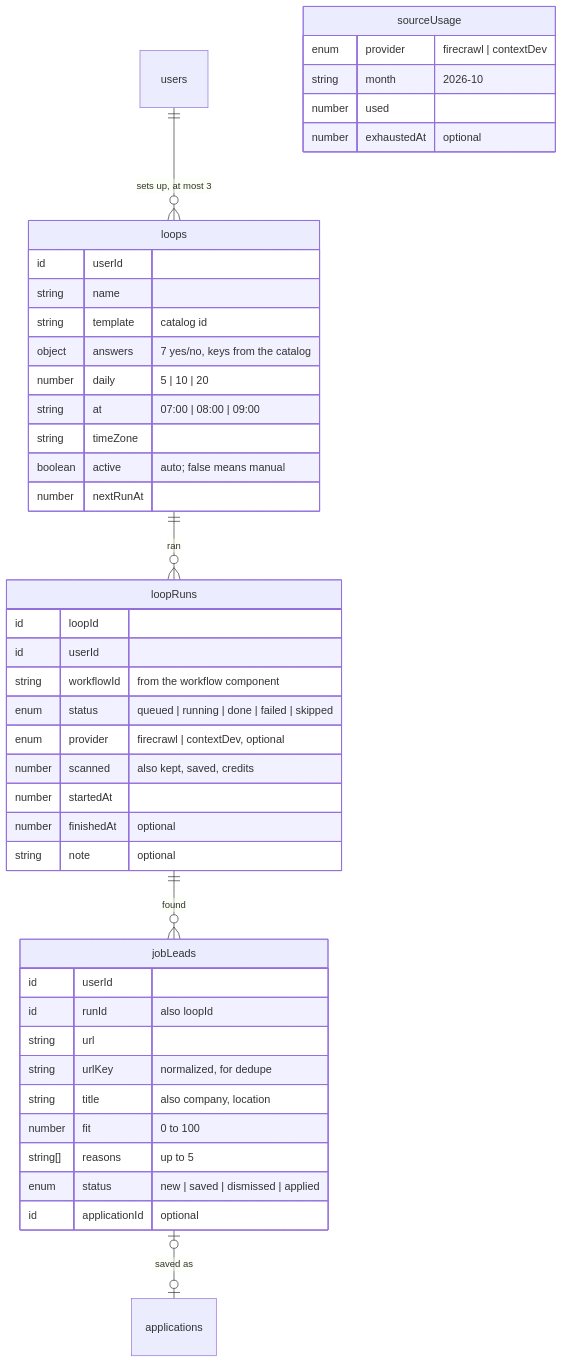
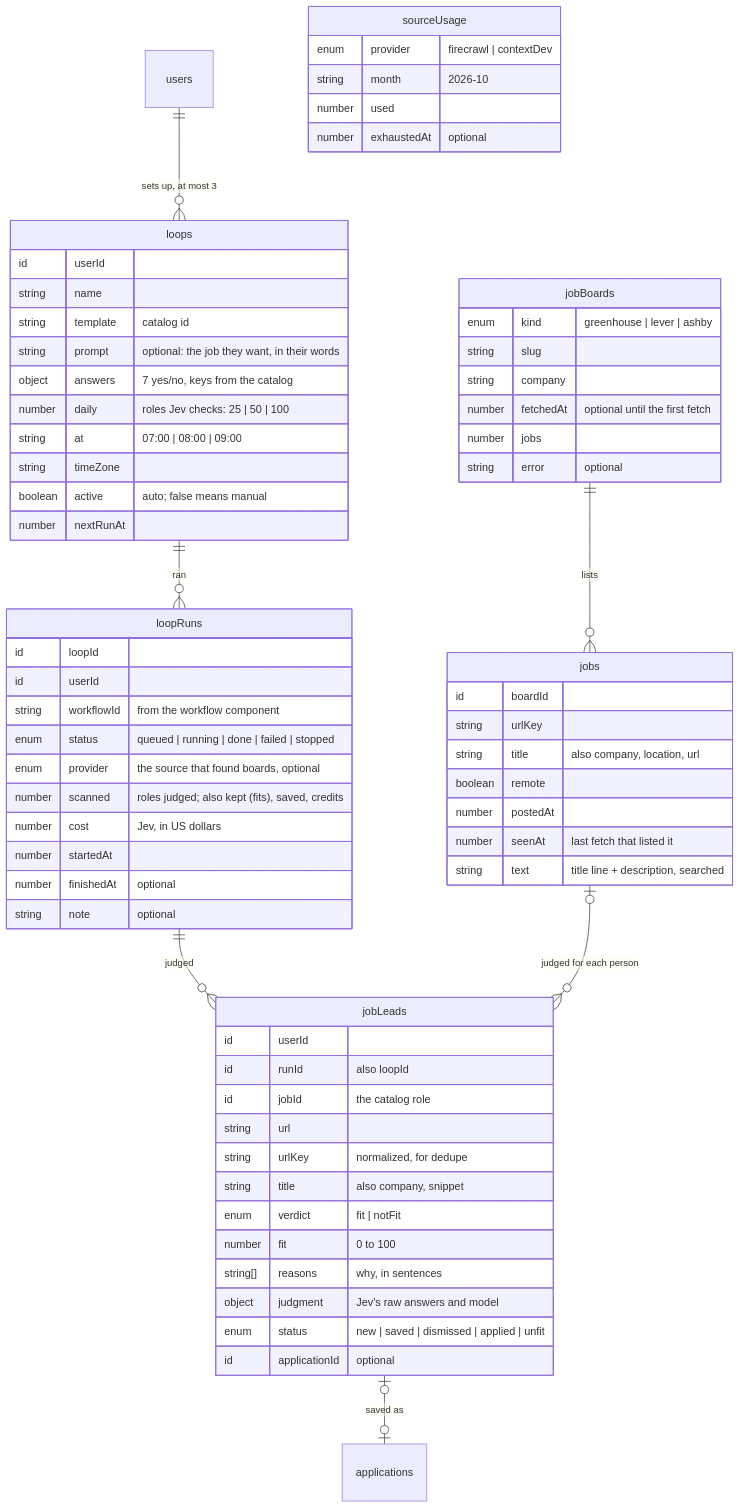
One commit to saranatour1/job-tracking-helper changed the seventh of 9 diagrams in docs/database-design.md. Above: the diagram before and after it, drawn with Mermaid. The commit also changed other lines of this file and 46 other files, not shown here.

First line of the commit message:
feat(loops): judge catalog roles with Jev through the Convex AI gateway

````diff
--- a/docs/database-design.md
+++ b/docs/database-design.md
@@ -348,47 +350,71 @@
 ```mermaid
 erDiagram
     users ||--o{ loops : "sets up, at most 3"
     loops ||--o{ loopRuns : "ran"
-    loopRuns ||--o{ jobLeads : "found"
+    loopRuns ||--o{ jobLeads : "judged"
+    jobBoards ||--o{ jobs : "lists"
+    jobs |o--o{ jobLeads : "judged for each person"
     jobLeads |o--o| applications : "saved as"
 
     loops {
         id userId
         string name
         string template "catalog id"
+        string prompt "optional: the job they want, in their words"
         object answers "7 yes/no, keys from the catalog"
-        number daily "5 | 10 | 20"
+        number daily "roles Jev checks: 25 | 50 | 100"
         string at "07:00 | 08:00 | 09:00"
         string timeZone
         boolean active "auto; false means manual"
         number nextRunAt
     }
     loopRuns {
         id loopId
         id userId
         string workflowId "from the workflow component"
-        enum status "queued | running | done | failed | skipped"
-        enum provider "firecrawl | contextDev, optional"
-        number scanned "also kept, saved, credits"
+        enum status "queued | running | done | failed | stopped"
+        enum provider "the source that found boards, optional"
+        number scanned "roles judged; also kept (fits), saved, credits"
+        number cost "Jev, in US dollars"
         number startedAt
         number finishedAt "optional"
         string note "optional"
     }
     jobLeads {
         id userId
         id runId "also loopId"
+        id jobId "the catalog role"
         string url
         string urlKey "normalized, for dedupe"
-        string title "also company, location"
+        string title "also company, snippet"
+        enum verdict "fit | notFit"
         number fit "0 to 100"
-        string[] reasons "up to 5"
-        enum status "new | saved | dismissed | applied"
+        string[] reasons "why, in sentences"
+        object judgment "Jev's raw answers and model"
+        enum status "new | saved | dismissed | applied | unfit"
         id applicationId "optional"
+    }
+    jobs {
+        id boardId
+        string urlKey
+        string title "also company, location, url"
+        boolean remote
+        number postedAt
+        number seenAt "last fetch that listed it"
+        string text "title line + description, searched"
+    }
+    jobBoards {
+        enum kind "greenhouse | lever | ashby"
+        string slug
+        string company
+        number fetchedAt "optional until the first fetch"
+        number jobs
+        string error "optional"
     }
     sourceUsage {
         enum provider "firecrawl | contextDev"
         string month "2026-10"
         number used
         number exhaustedAt "optional"
     }
 ```
````
